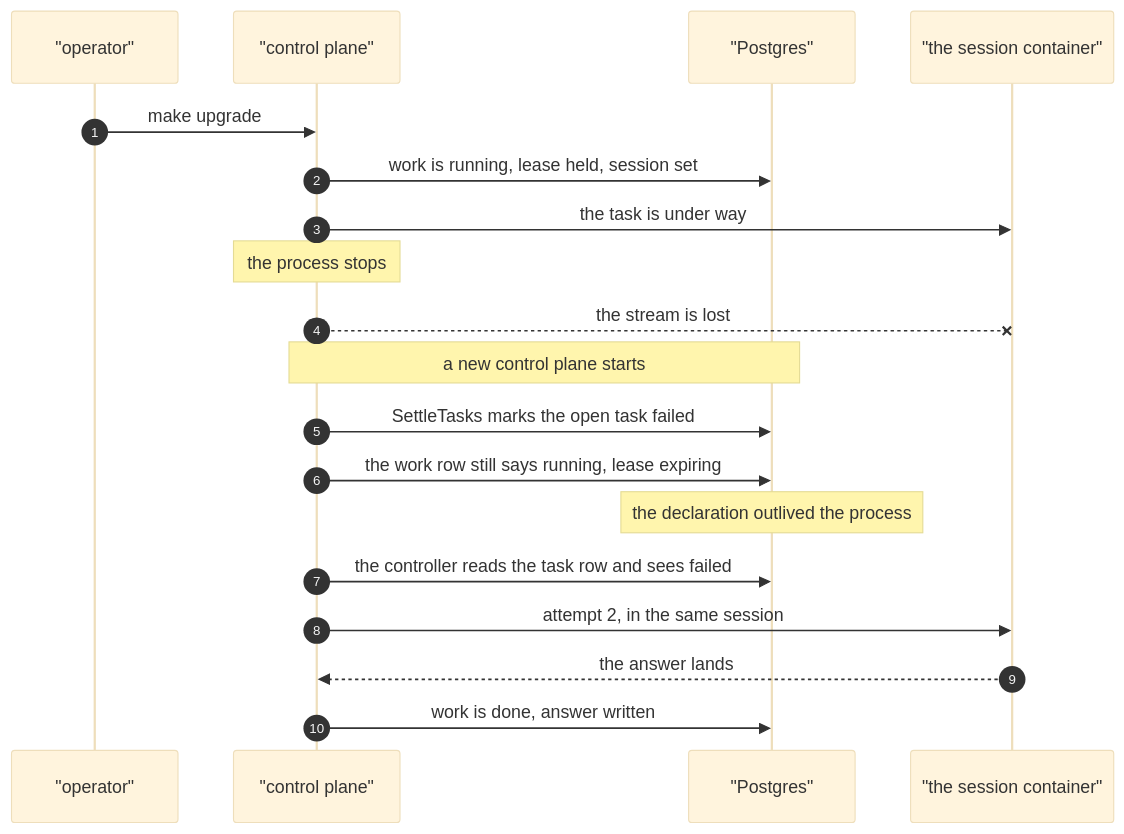
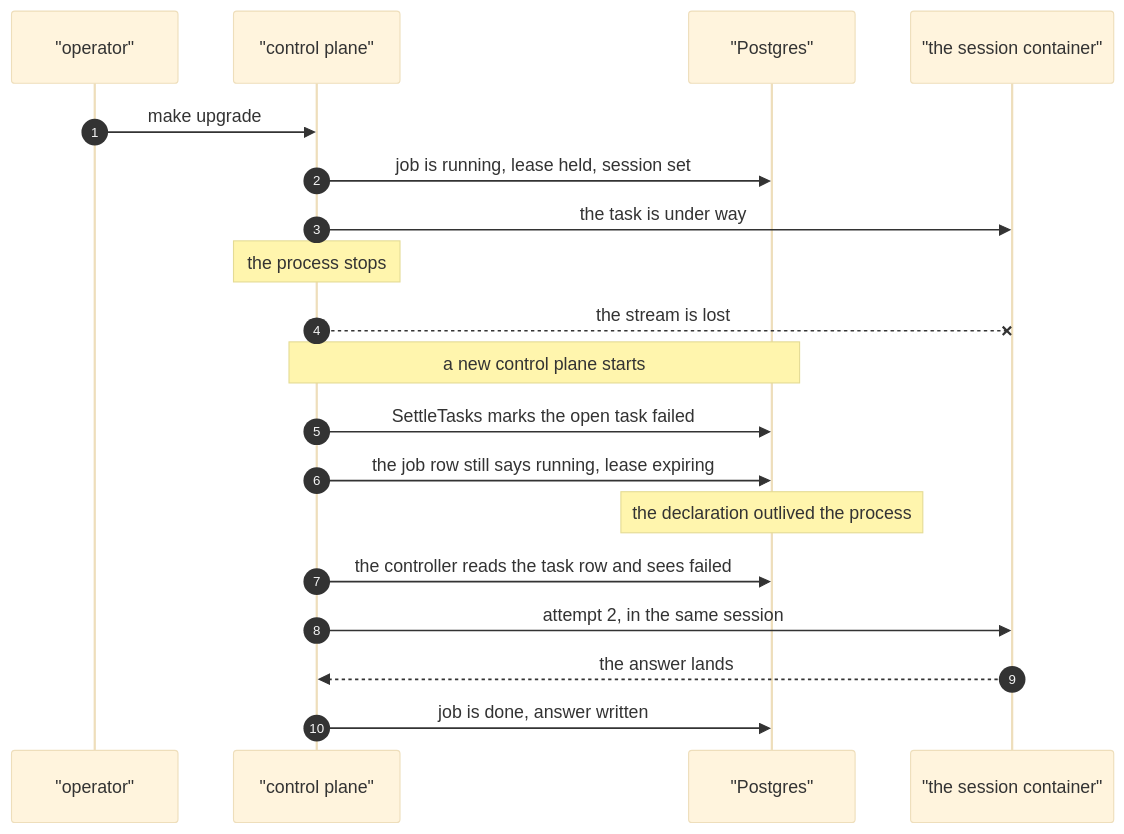
One commit to atlantic-blue/quay-crew changed diagram 16 of 19 in docs/ORCHESTRATION.md. Above: the diagram before and after it, drawn with Mermaid (base theme). The commit also changed other lines of this file and 222 other files, not shown here.

Commit message:
refactor: declared intent is a job, not work

````diff
--- a/docs/ORCHESTRATION.md
+++ b/docs/ORCHESTRATION.md
@@ -2185,22 +2185,22 @@
 ```mermaid
 sequenceDiagram
     autonumber
     participant OP as "operator"
     participant CP as "control plane"
     participant DB as "Postgres"
     participant SBX as "the session container"
 
     OP->>CP: make upgrade
-    CP->>DB: work is running, lease held, session set
+    CP->>DB: job is running, lease held, session set
     CP->>SBX: the task is under way
     Note over CP: the process stops
     CP--xSBX: the stream is lost
     Note over CP,DB: a new control plane starts
     CP->>DB: SettleTasks marks the open task failed
-    CP->>DB: the work row still says running, lease expiring
+    CP->>DB: the job row still says running, lease expiring
     Note over DB: the declaration outlived the process
     CP->>DB: the controller reads the task row and sees failed
     CP->>SBX: attempt 2, in the same session
     SBX-->>CP: the answer lands
-    CP->>DB: work is done, answer written
+    CP->>DB: job is done, answer written
 ```
````
